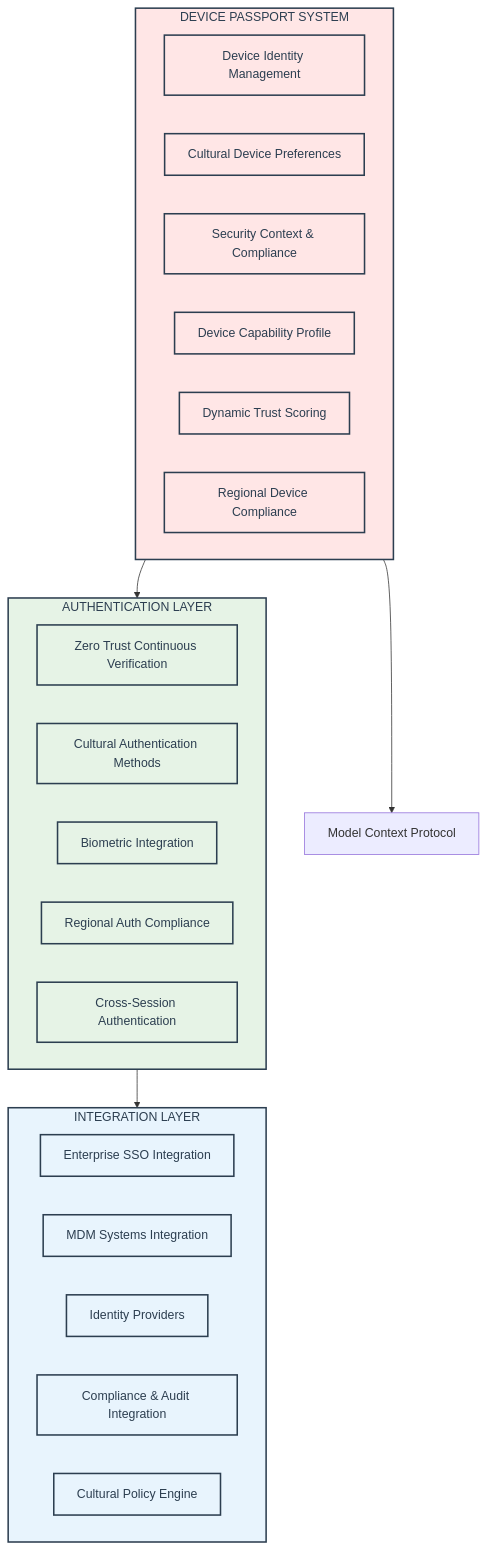
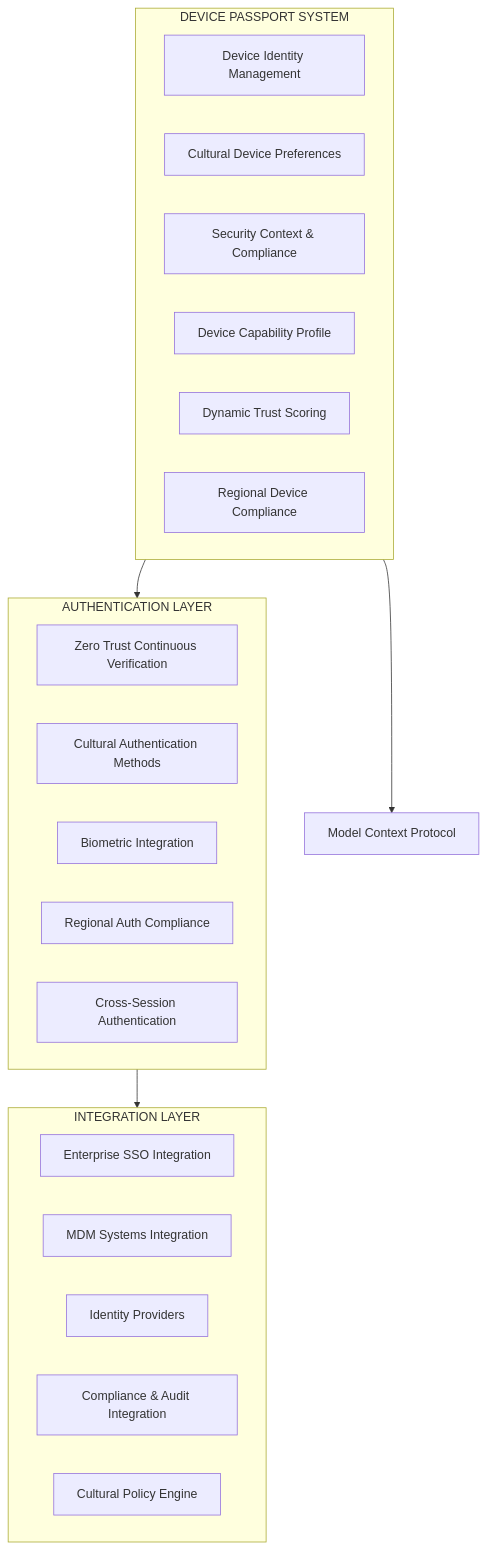
The second of 12 diagrams in ME.AI - TDD Year 1 v16.md (ME-ai-agents/docs_prod), drawn with Mermaid before and after one commit. The commit also changed other lines of this file, not shown here.

````diff
--- a/ME.AI - TDD Year 1 v16.md
+++ b/ME.AI - TDD Year 1 v16.md
@@ -179,39 +163,31 @@
 ```mermaid
 flowchart TD
     subgraph DevicePassport["DEVICE PASSPORT SYSTEM"]
         DeviceIdentity[Device Identity Management]
         CulturalDeviceProfile[Cultural Device Preferences]
         SecurityContext[Security Context & Compliance]
         CapabilityProfile[Device Capability Profile]
         TrustScoring[Dynamic Trust Scoring]
         RegionalCompliance[Regional Device Compliance]
     end
     
     subgraph Authentication["AUTHENTICATION LAYER"]
         ZeroTrustVerification[Zero Trust Continuous Verification]
         CulturalAuthMethods[Cultural Authentication Methods]
         BiometricIntegration[Biometric Integration]
         RegionalAuthCompliance[Regional Auth Compliance]
         CrossSessionAuth[Cross-Session Authentication]
     end
     
     subgraph Integration["INTEGRATION LAYER"]
         EnterpriseSSO[Enterprise SSO Integration]
         MDMSystems[MDM Systems Integration]
         IdentityProviders[Identity Providers]
         ComplianceAudit[Compliance & Audit Integration]
         CulturalPolicyEngine[Cultural Policy Engine]
     end
     
     DevicePassport --> Authentication
     Authentication --> Integration
     DevicePassport --> MCP[Model Context Protocol]
-    
-    classDef passportStyle fill:#FFE6E6,stroke:#2C3E50,stroke-width:2px,color:#2C3E50
-    classDef authStyle fill:#E6F3E6,stroke:#2C3E50,stroke-width:2px,color:#2C3E50
-    classDef integrationStyle fill:#E8F4FD,stroke:#2C3E50,stroke-width:2px,color:#2C3E50
-    
-    class DevicePassport,DeviceIdentity,CulturalDeviceProfile,SecurityContext,CapabilityProfile,TrustScoring,RegionalCompliance passportStyle
-    class Authentication,ZeroTrustVerification,CulturalAuthMethods,BiometricIntegration,RegionalAuthCompliance,CrossSessionAuth authStyle
-    class Integration,EnterpriseSSO,MDMSystems,IdentityProviders,ComplianceAudit,CulturalPolicyEngine integrationStyle
 ```
````
